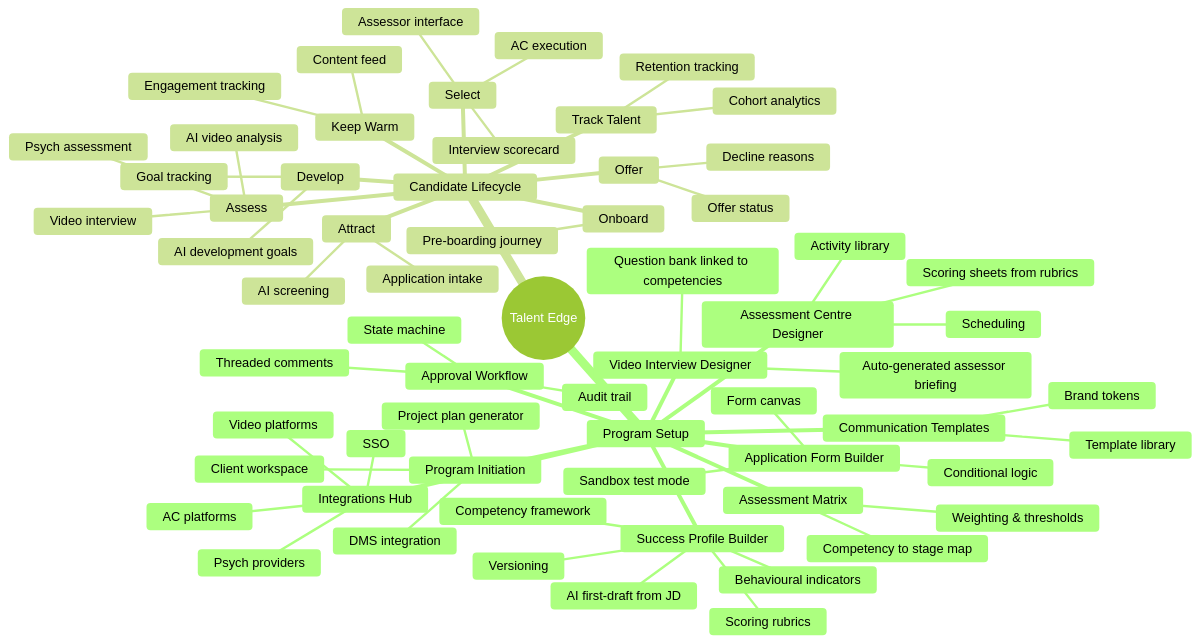
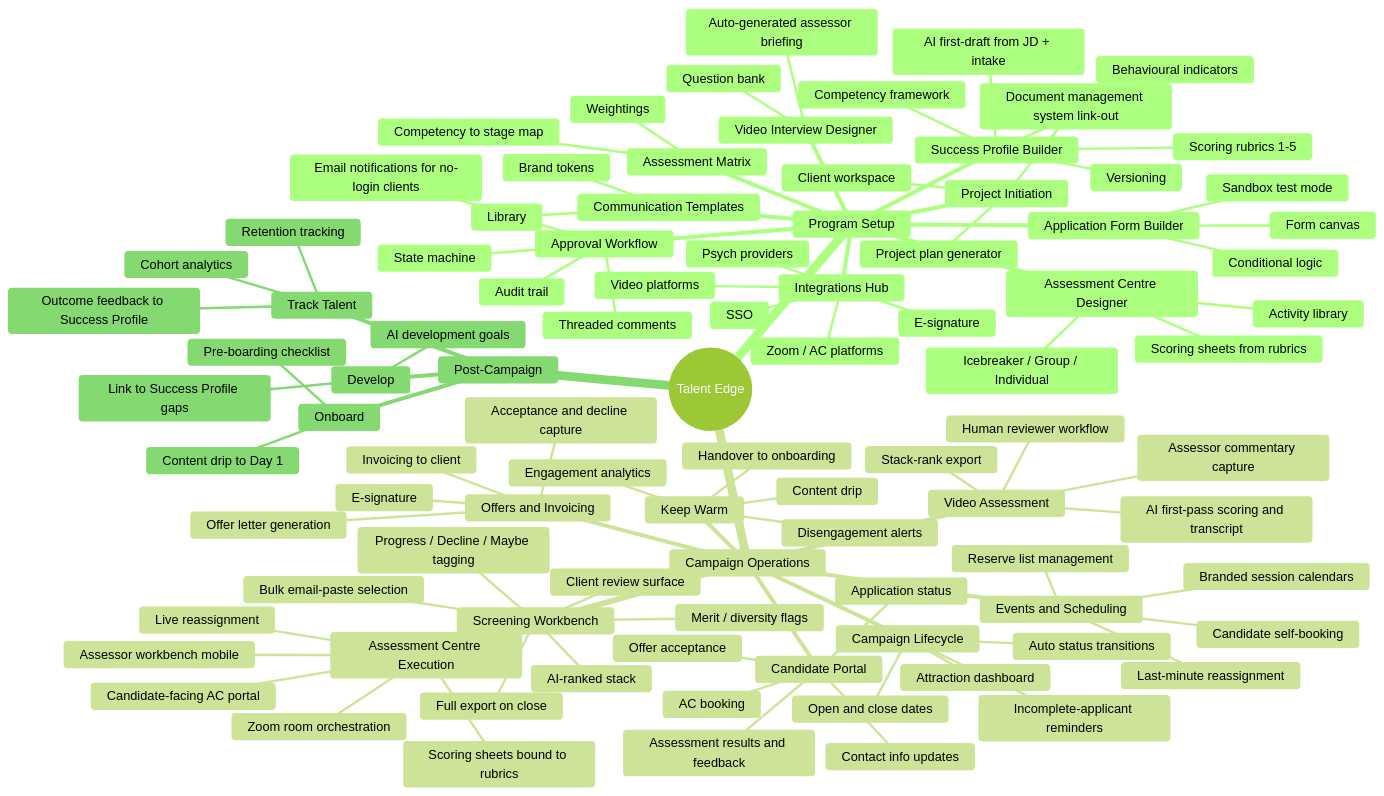
One commit to tomklimovskigamma/talent-edge changed the third of 4 diagrams in docs/product-map/2026-04-18-fusion-aligned-product-map.md. Above: the diagram before and after it, drawn with Mermaid (forest theme). The commit also changed other lines of this file, not shown here.

````diff
--- a/docs/product-map/2026-04-18-fusion-aligned-product-map.md
+++ b/docs/product-map/2026-04-18-fusion-aligned-product-map.md
@@ -62,66 +112,98 @@
 mindmap
   root((Talent Edge))
     Program Setup
-      Program Initiation
+      Project Initiation
         Project plan generator
         Client workspace
-        DMS integration
+        Document management system link-out
       Success Profile Builder
-        AI first-draft from JD
+        AI first-draft from JD + intake
         Competency framework
         Behavioural indicators
-        Scoring rubrics
+        Scoring rubrics 1-5
         Versioning
       Assessment Matrix
         Competency to stage map
-        Weighting & thresholds
+        Weightings
       Application Form Builder
         Form canvas
         Sandbox test mode
         Conditional logic
       Video Interview Designer
-        Question bank linked to competencies
+        Question bank
         Auto-generated assessor briefing
       Assessment Centre Designer
         Activity library
+        Icebreaker / Group / Individual
         Scoring sheets from rubrics
-        Scheduling
       Communication Templates
-        Template library
+        Library
         Brand tokens
       Integrations Hub
         Psych providers
         Video platforms
-        AC platforms
+        Zoom / AC platforms
+        E-signature
         SSO
       Approval Workflow
         State machine
         Threaded comments
+        Email notifications for no-login clients
         Audit trail
-    Candidate Lifecycle
-      Attract
-        Application intake
-        AI screening
-      Assess
-        Psych assessment
-        Video interview
-        AI video analysis
-      Select
-        AC execution
-        Assessor interface
-        Interview scorecard
-      Offer
-        Offer status
-        Decline reasons
+    Campaign Operations
+      Campaign Lifecycle
+        Open and close dates
+        Auto status transitions
+        Incomplete-applicant reminders
+        Attraction dashboard
+      Candidate Portal
+        Application status
+        Contact info updates
+        Assessment results and feedback
+        AC booking
+        Offer acceptance
+      Screening Workbench
+        AI-ranked stack
+        Merit / diversity flags
+        Progress / Decline / Maybe tagging
+        Bulk email-paste selection
+        Full export on close
+        Client review surface
+      Video Assessment
+        AI first-pass scoring and transcript
+        Human reviewer workflow
+        Assessor commentary capture
+        Stack-rank export
+      Events and Scheduling
+        Branded session calendars
+        Candidate self-booking
+        Reserve list management
+        Last-minute reassignment
+      Assessment Centre Execution
+        Assessor workbench mobile
+        Scoring sheets bound to rubrics
+        Candidate-facing AC portal
+        Zoom room orchestration
+        Live reassignment
+      Offers and Invoicing
+        Offer letter generation
+        E-signature
+        Acceptance and decline capture
+        Invoicing to client
       Keep Warm
-        Content feed
-        Engagement tracking
+        Content drip
+        Engagement analytics
+        Disengagement alerts
+        Handover to onboarding
+    Post-Campaign
       Onboard
-        Pre-boarding journey
+        Pre-boarding checklist
+        Content drip to Day 1
       Develop
         AI development goals
-        Goal tracking
+        Link to Success Profile gaps
       Track Talent
         Cohort analytics
         Retention tracking
+        Outcome feedback to Success Profile
 ```
````
